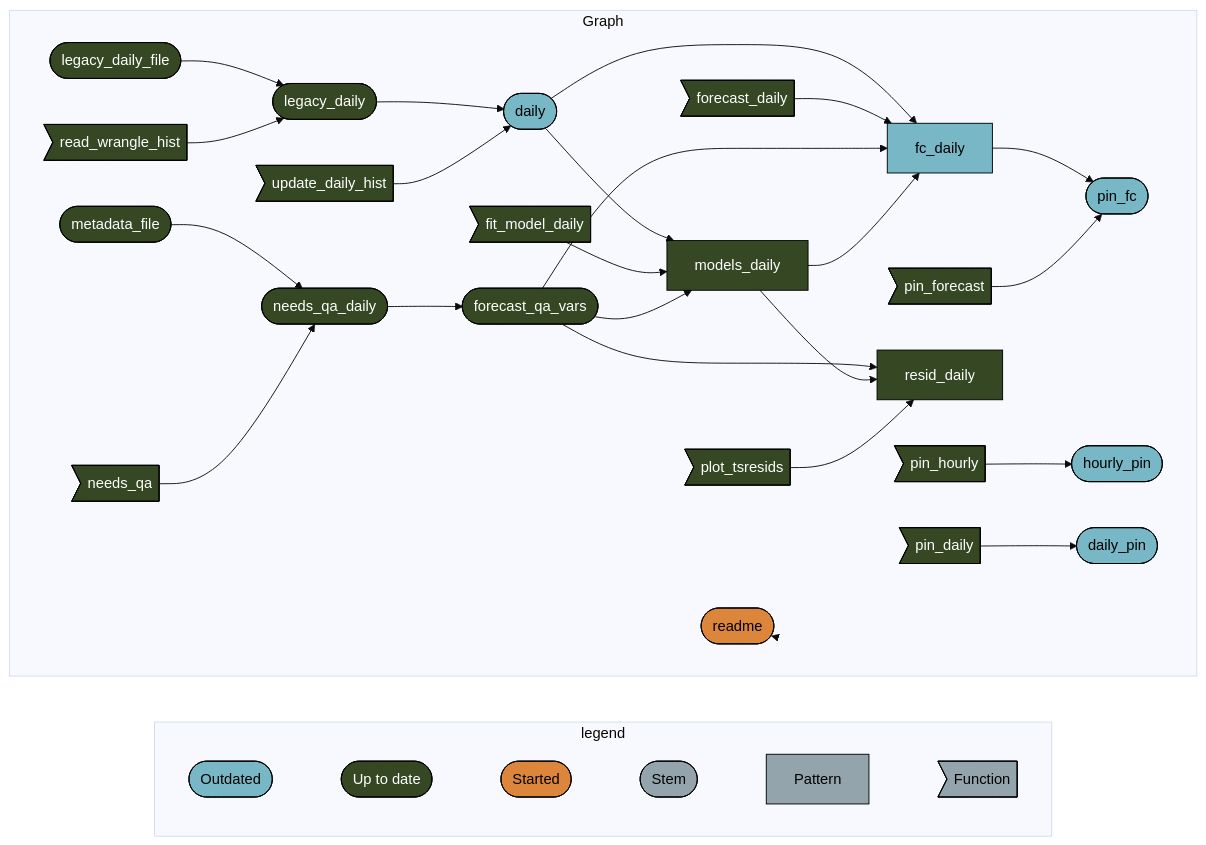
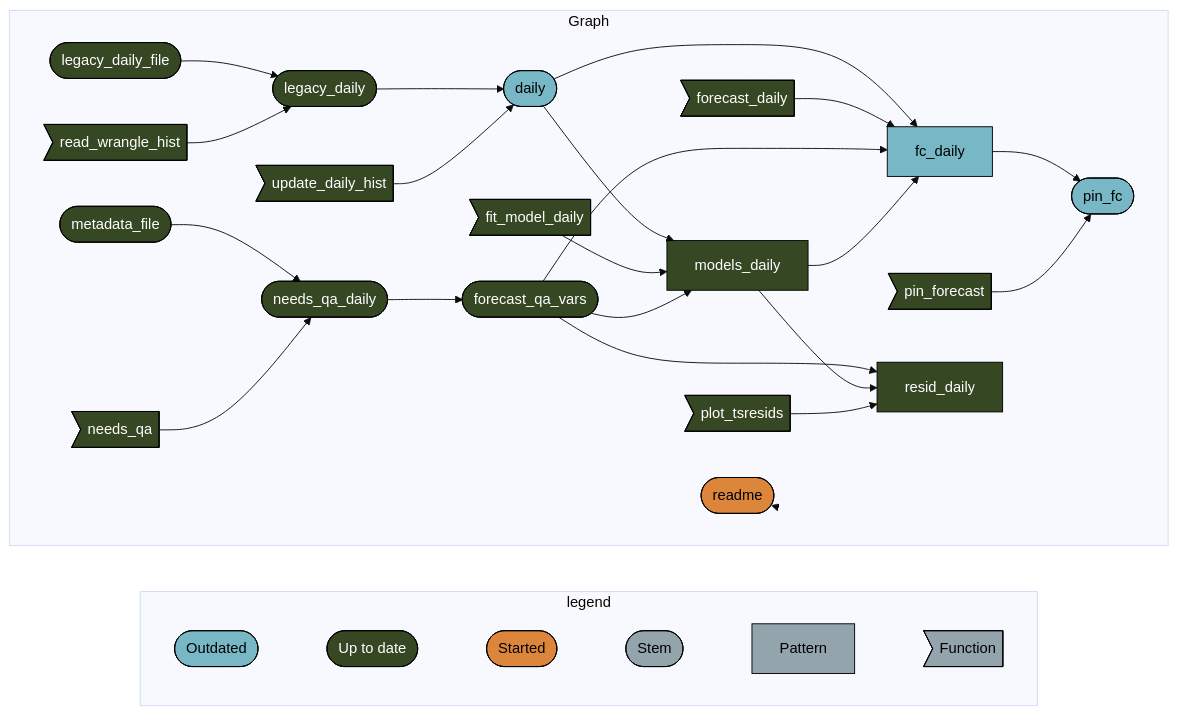
Before and after one commit to uace-azmet/azmet-forecast-qa: the diagram in README.md, drawn with Mermaid (base theme). The commit also changed other lines of this file and 26 other files, not shown here.

````diff
--- a/README.md
+++ b/README.md
@@ -56,46 +52,44 @@
 ``` mermaid
 graph LR
   subgraph legend
     direction LR
     x0a52b03877696646([""Outdated""]):::outdated --- x7420bd9270f8d27d([""Up to date""]):::uptodate
     x7420bd9270f8d27d([""Up to date""]):::uptodate --- x5b3426b4c7fa7dbc([""Started""]):::started
     x5b3426b4c7fa7dbc([""Started""]):::started --- xbf4603d6c2c2ad6b([""Stem""]):::none
     xbf4603d6c2c2ad6b([""Stem""]):::none --- x70a5fa6bea6f298d[""Pattern""]:::none
     x70a5fa6bea6f298d[""Pattern""]:::none --- xf0bce276fe2b9d3e>""Function""]:::none
   end
   subgraph Graph
     direction LR
     x1920bdb737e11d2e(["legacy_daily_file"]):::uptodate --> xff9b736edef41c8b(["legacy_daily"]):::uptodate
     x842666df821db265>"read_wrangle_hist"]:::uptodate --> xff9b736edef41c8b(["legacy_daily"]):::uptodate
     xdd96ec4b0bb5ab6b["fc_daily"]:::outdated --> x8f5c47b9b7da7e75(["pin_fc"]):::outdated
     x82c22abbb211b5ee>"pin_forecast"]:::uptodate --> x8f5c47b9b7da7e75(["pin_fc"]):::outdated
     x6233d5fdb54d5242(["daily"]):::outdated --> x4d3c4dcfeadc796d["models_daily"]:::uptodate
     x1f5572089e80d919>"fit_model_daily"]:::uptodate --> x4d3c4dcfeadc796d["models_daily"]:::uptodate
     x601d3b0e7d261371(["forecast_qa_vars"]):::uptodate --> x4d3c4dcfeadc796d["models_daily"]:::uptodate
     x601d3b0e7d261371(["forecast_qa_vars"]):::uptodate --> x0bb4ecca77d3d4a0["resid_daily"]:::uptodate
     x4d3c4dcfeadc796d["models_daily"]:::uptodate --> x0bb4ecca77d3d4a0["resid_daily"]:::uptodate
     x10e889bcd8b0fd60>"plot_tsresids"]:::uptodate --> x0bb4ecca77d3d4a0["resid_daily"]:::uptodate
     xdfae9ea4e5207cef(["needs_qa_daily"]):::uptodate --> x601d3b0e7d261371(["forecast_qa_vars"]):::uptodate
     x3d7b2a2ab5636113(["metadata_file"]):::uptodate --> xdfae9ea4e5207cef(["needs_qa_daily"]):::uptodate
     x06ab7116eed66f15>"needs_qa"]:::uptodate --> xdfae9ea4e5207cef(["needs_qa_daily"]):::uptodate
     x6233d5fdb54d5242(["daily"]):::outdated --> xdd96ec4b0bb5ab6b["fc_daily"]:::outdated
     x4bc7352f98499683>"forecast_daily"]:::uptodate --> xdd96ec4b0bb5ab6b["fc_daily"]:::outdated
     x601d3b0e7d261371(["forecast_qa_vars"]):::uptodate --> xdd96ec4b0bb5ab6b["fc_daily"]:::outdated
     x4d3c4dcfeadc796d["models_daily"]:::uptodate --> xdd96ec4b0bb5ab6b["fc_daily"]:::outdated
-    x077876839e5cc13d>"pin_hourly"]:::uptodate --> x35480c72297980cb(["hourly_pin"]):::outdated
-    x77849b39697a3636>"pin_daily"]:::uptodate --> xfdd8393239dc060b(["daily_pin"]):::outdated
     xff9b736edef41c8b(["legacy_daily"]):::uptodate --> x6233d5fdb54d5242(["daily"]):::outdated
     x8b3096a190996662>"update_daily_hist"]:::uptodate --> x6233d5fdb54d5242(["daily"]):::outdated
     x6e52cb0f1668cc22(["readme"]):::started --> x6e52cb0f1668cc22(["readme"]):::started
   end
   classDef outdated stroke:#000000,color:#000000,fill:#78B7C5;
   classDef uptodate stroke:#000000,color:#ffffff,fill:#354823;
   classDef started stroke:#000000,color:#000000,fill:#DC863B;
   classDef none stroke:#000000,color:#000000,fill:#94a4ac;
   linkStyle 0 stroke-width:0px;
   linkStyle 1 stroke-width:0px;
   linkStyle 2 stroke-width:0px;
   linkStyle 3 stroke-width:0px;
   linkStyle 4 stroke-width:0px;
-  linkStyle 26 stroke-width:0px;
+  linkStyle 24 stroke-width:0px;
 ```
````
